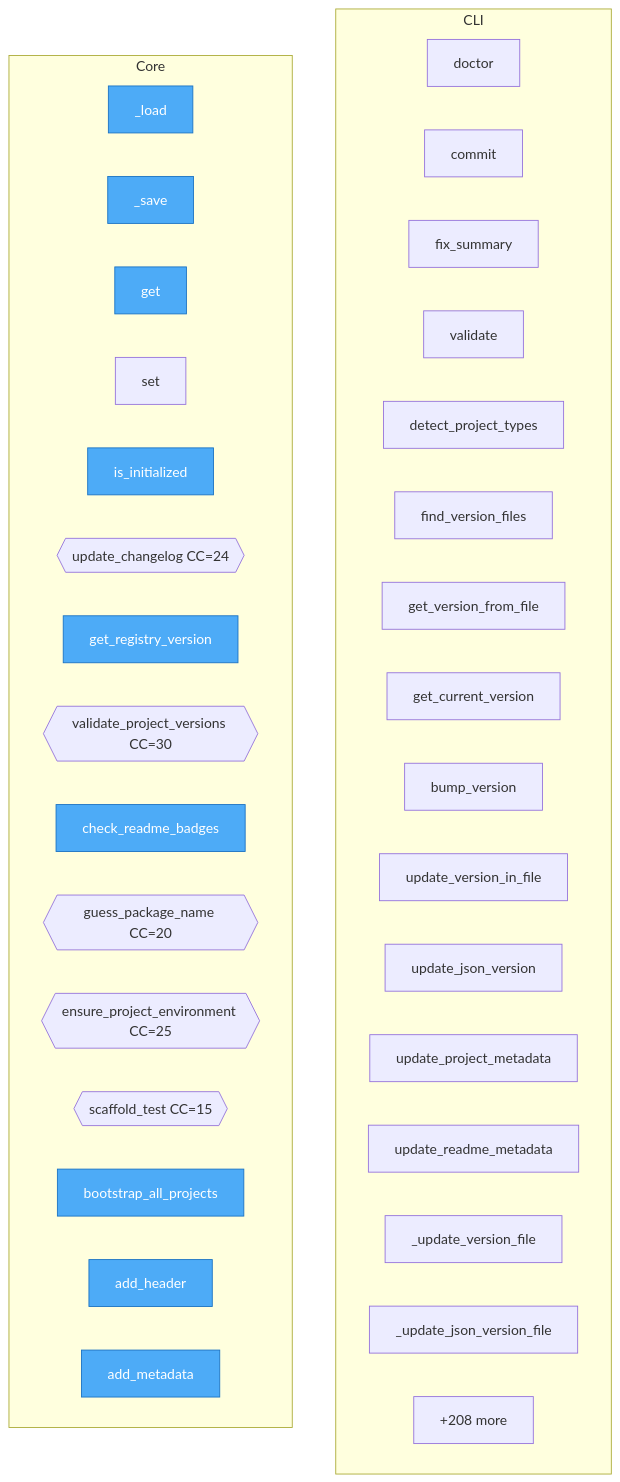
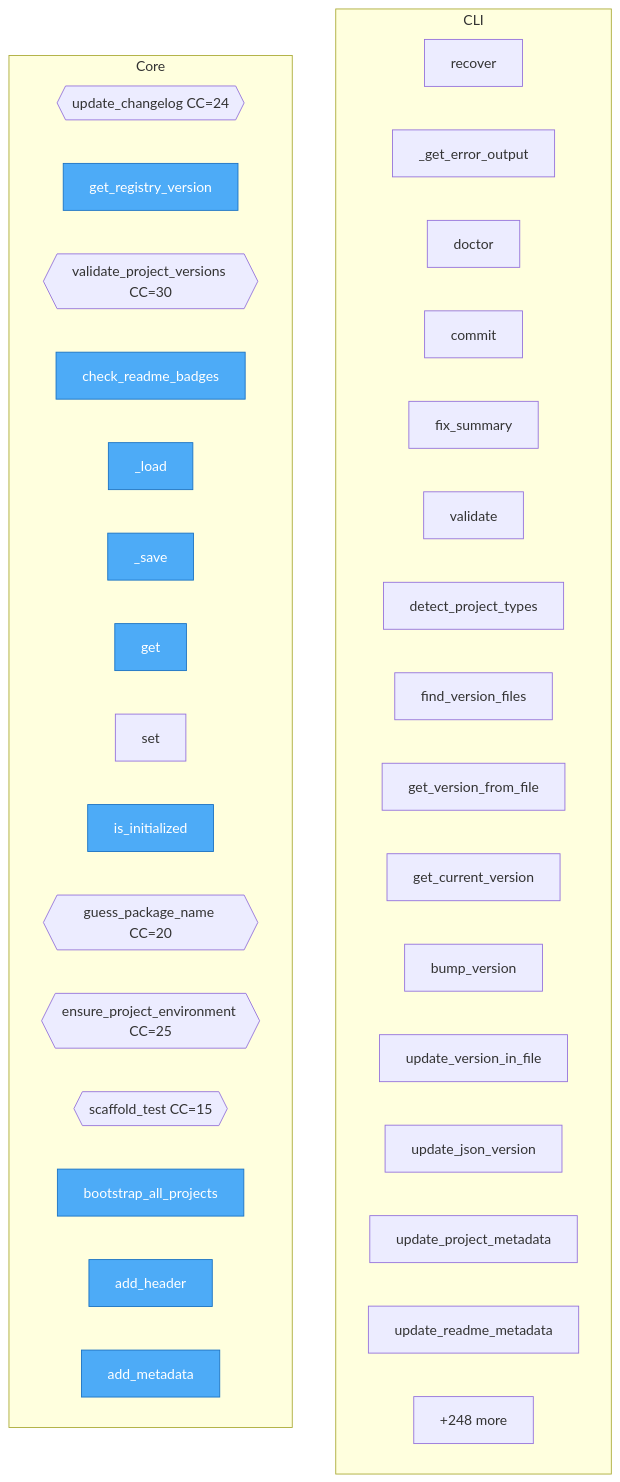
Before and after one commit to wronai/goal: the diagram in project/flow.mmd, drawn with Mermaid. The commit also changed 20 other files, not shown here.

```diff
--- a/project/flow.mmd
+++ b/project/flow.mmd
@@ -1,44 +1,44 @@
 flowchart TD
 
     %% Entry points (blue)
     classDef entry fill:#4dabf7,stroke:#1971c2,color:#fff
 
     subgraph CLI
+        goal__cli__recover_cmd__recover["recover"]
+        goal__cli__recover_cmd___get_error_output["_get_error_output"]
         goal__cli__doctor_cmd__doctor["doctor"]
         goal__cli__commit_cmd__commit["commit"]
         goal__cli__commit_cmd__fix_summary["fix_summary"]
         goal__cli__commit_cmd__validate["validate"]
         goal__cli__version__detect_project_types["detect_project_types"]
         goal__cli__version__find_version_files["find_version_files"]
         goal__cli__version__get_version_from_file["get_version_from_file"]
         goal__cli__version__get_current_version["get_current_version"]
         goal__cli__version__bump_version["bump_version"]
         goal__cli__version__update_version_in_file["update_version_in_file"]
         goal__cli__version__update_json_version["update_json_version"]
         goal__cli__version__update_project_metadata["update_project_metadata"]
         goal__cli__version__update_readme_metadata["update_readme_metadata"]
-        goal__cli__version___update_version_file["_update_version_file"]
-        goal__cli__version___update_json_version_file["_update_json_version_file"]
-        ...["+37 more"]
+        ...["+39 more"]
     end
 
     subgraph Core
+        goal__changelog__update_changelog{{update_changelog CC=24}}
+        goal__version_validation__get_registry_version["get_registry_version"]
+        goal__version_validation__validate_project_versions{{validate_project_versions CC=30}}
+        goal__version_validation__check_readme_badges["check_readme_badges"]
         goal__user_config__UserConfig___load["_load"]
         goal__user_config__UserConfig___save["_save"]
         goal__user_config__UserConfig__get["get"]
         goal__user_config__UserConfig__set["set"]
         goal__user_config__UserConfig__is_initialized["is_initialized"]
-        goal__changelog__update_changelog{{update_changelog CC=24}}
-        goal__version_validation__get_registry_version["get_registry_version"]
-        goal__version_validation__validate_project_versions{{validate_project_versions CC=30}}
-        goal__version_validation__check_readme_badges["check_readme_badges"]
         goal__project_bootstrap__guess_package_name{{guess_package_name CC=20}}
         goal__project_bootstrap__ensure_project_environment{{ensure_project_environment CC=25}}
         goal__project_bootstrap__scaffold_test{{scaffold_test CC=15}}
         goal__project_bootstrap__bootstrap_all_projects["bootstrap_all_projects"]
         goal__formatter__MarkdownFormatter__add_header["add_header"]
         goal__formatter__MarkdownFormatter__add_metadata["add_metadata"]
-        ...["+208 more"]
+        ...["+248 more"]
     end
 
-    class goal__user_config__UserConfig___load,goal__user_config__UserConfig___save,goal__user_config__UserConfig__get,goal__user_config__UserConfig__is_initialized,goal__version_validation__get_registry_version,goal__version_validation__check_readme_badges,goal__project_bootstrap__bootstrap_all_projects,goal__formatter__MarkdownFormatter__add_header,goal__formatter__MarkdownFormatter__add_metadata,goal__formatter__MarkdownFormatter__add_section entry
+    class goal__version_validation__get_registry_version,goal__version_validation__check_readme_badges,goal__user_config__UserConfig___load,goal__user_config__UserConfig___save,goal__user_config__UserConfig__get,goal__user_config__UserConfig__is_initialized,goal__project_bootstrap__bootstrap_all_projects,goal__formatter__MarkdownFormatter__add_header,goal__formatter__MarkdownFormatter__add_metadata,goal__formatter__MarkdownFormatter__add_section entry
```
